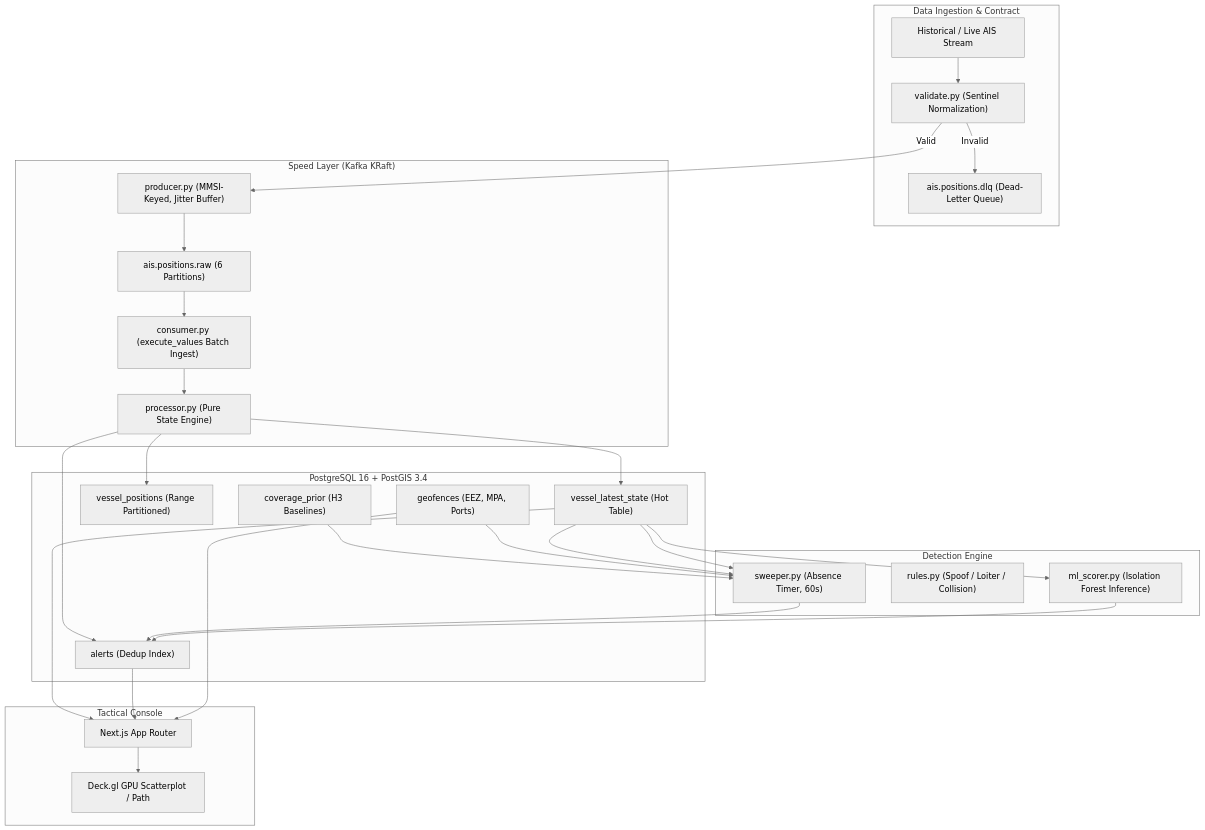
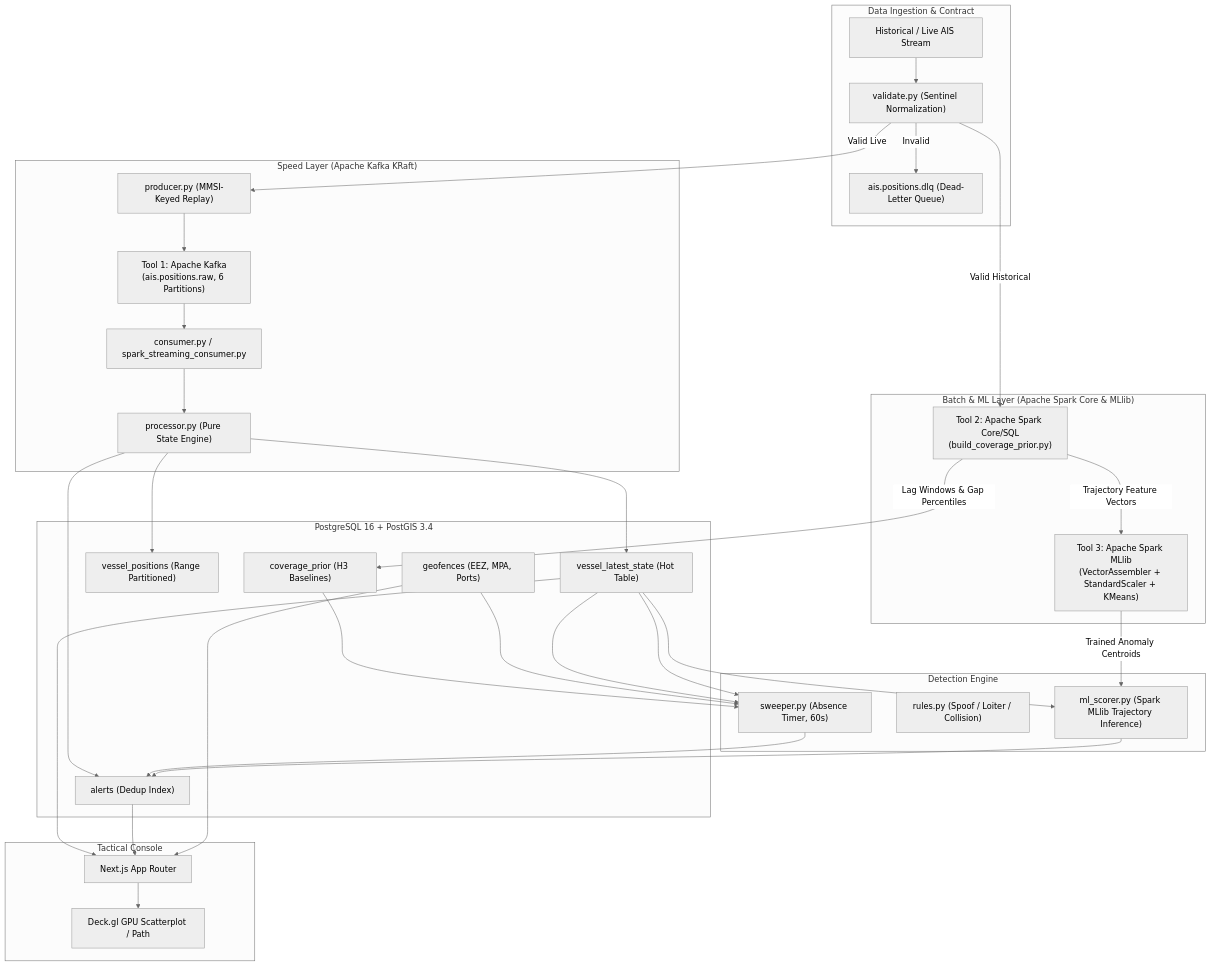
Before and after one commit to AnoushkaSamanta/big-data-project: the diagram in docs/final_report.md, drawn with Mermaid (neutral theme). The commit also changed other lines of this file and 36 other files, not shown here.

Commit message:
feat: add real-time anomaly injection UI and backend streaming support

````diff
--- a/docs/final_report.md
+++ b/docs/final_report.md
@@ -56,45 +56,54 @@
 ```mermaid
 flowchart TB
     subgraph INGEST["Data Ingestion & Contract"]
         CSV["Historical / Live AIS Stream"]
         VAL["validate.py (Sentinel Normalization)"]
         DLQ["ais.positions.dlq (Dead-Letter Queue)"]
     end
 
-    subgraph STREAM["Speed Layer (Kafka KRaft)"]
-        PROD["producer.py (MMSI-Keyed, Jitter Buffer)"]
-        K_RAW["ais.positions.raw (6 Partitions)"]
-        CONS["consumer.py (execute_values Batch Ingest)"]
+    subgraph BATCH["Batch & ML Layer (Apache Spark Core & MLlib)"]
+        SPARK_CORE["Tool 2: Apache Spark Core/SQL<br/>(build_coverage_prior.py)"]
+        SPARK_ML["Tool 3: Apache Spark MLlib<br/>(VectorAssembler + StandardScaler + KMeans)"]
+    end
+
+    subgraph STREAM["Speed Layer (Apache Kafka KRaft)"]
+        PROD["producer.py (MMSI-Keyed Replay)"]
+        K_RAW["Tool 1: Apache Kafka<br/>(ais.positions.raw, 6 Partitions)"]
+        CONS["consumer.py / spark_streaming_consumer.py"]
         CORE["processor.py (Pure State Engine)"]
     end
 
     subgraph DETECTION["Detection Engine"]
         SWEEP["sweeper.py (Absence Timer, 60s)"]
         RULES["rules.py (Spoof / Loiter / Collision)"]
-        ML["ml_scorer.py (Isolation Forest Inference)"]
+        ML["ml_scorer.py (Spark MLlib Trajectory Inference)"]
     end
 
     subgraph STORAGE["PostgreSQL 16 + PostGIS 3.4"]
         HOT["vessel_latest_state (Hot Table)"]
         COLD["vessel_positions (Range Partitioned)"]
         ALERTS["alerts (Dedup Index)"]
         PRIOR["coverage_prior (H3 Baselines)"]
         GEO["geofences (EEZ, MPA, Ports)"]
     end
 
     subgraph UI["Tactical Console"]
         NEXT["Next.js App Router"]
         DECK["Deck.gl GPU Scatterplot / Path"]
     end
 
     CSV --> VAL
-    VAL -->|Valid| PROD --> K_RAW --> CONS
+    VAL -->|Valid Historical| SPARK_CORE
+    SPARK_CORE -->|Lag Windows & Gap Percentiles| PRIOR
+    SPARK_CORE -->|Trajectory Feature Vectors| SPARK_ML
+    SPARK_ML -->|Trained Anomaly Centroids| ML
+    VAL -->|Valid Live| PROD --> K_RAW --> CONS
     VAL -->|Invalid| DLQ
     CONS --> CORE
     CORE --> HOT & COLD
     CORE --> ALERTS
     PRIOR & GEO & HOT --> SWEEP --> ALERTS
     HOT --> SWEEP
     HOT --> ML --> ALERTS
     HOT & ALERTS & GEO --> NEXT --> DECK
 ```
````
